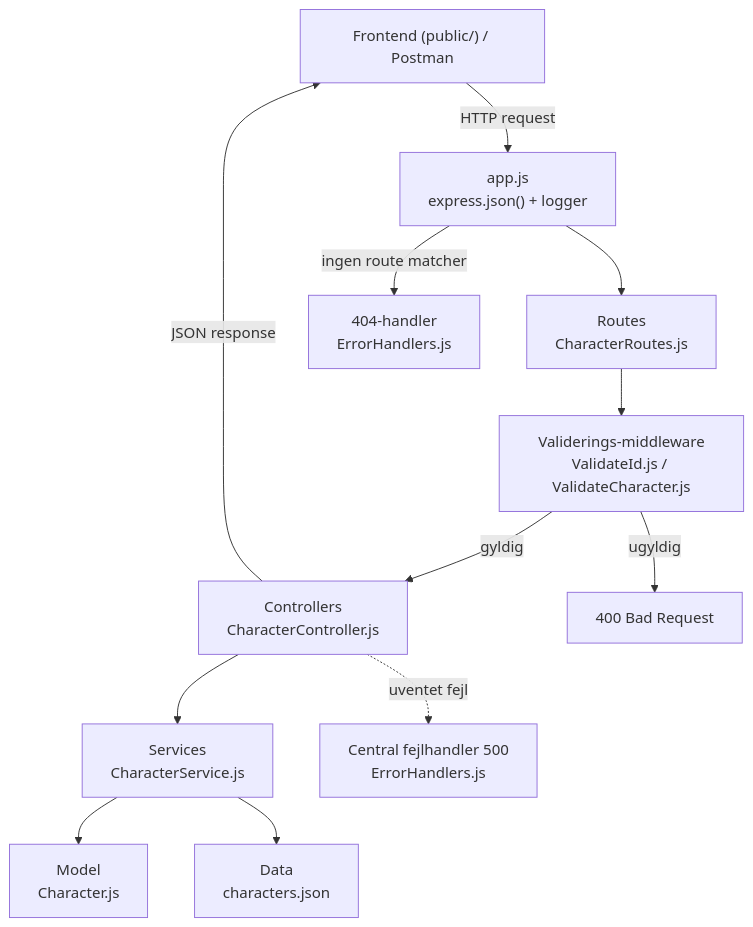
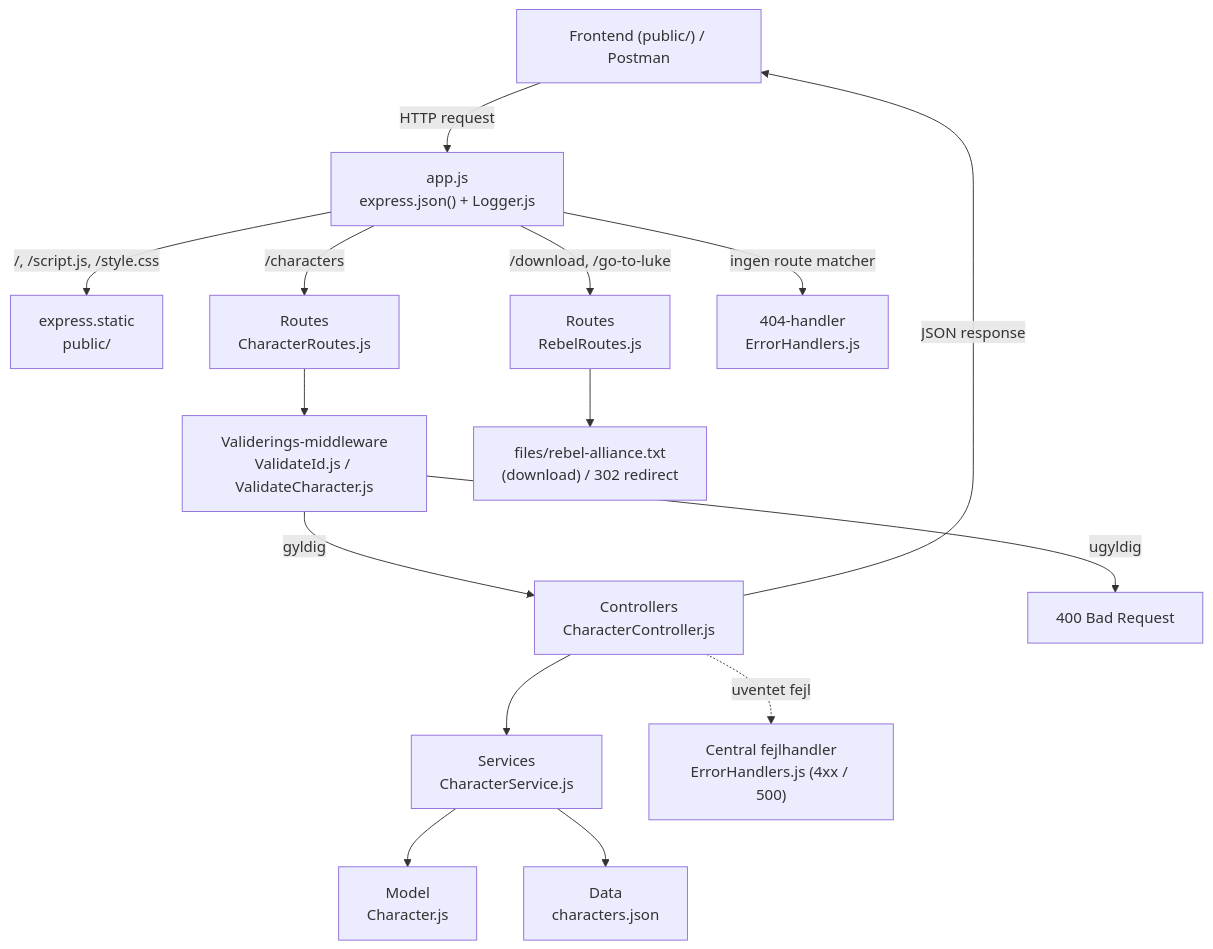
One commit to Tobiasrolesen/Star-Wars-Web changed the diagram in README.md. Above: the diagram before and after it, drawn with Mermaid. The commit also changed other lines of this file and 2 other files, not shown here.

````diff
--- a/README.md
+++ b/README.md
@@ -30,17 +63,17 @@
 ```mermaid
 flowchart TD
-    A["Frontend (public/) / Postman"] -->|HTTP request| B["app.js<br/>express.json() + logger"]
-    B --> C["Routes<br/>CharacterRoutes.js"]
+    A["Frontend (public/) / Postman"] -->|HTTP request| B["app.js<br/>express.json() + Logger.js"]
+    B -->|"/, /script.js, /style.css"| S["express.static<br/>public/"]
+    B -->|"/characters"| C["Routes<br/>CharacterRoutes.js"]
+    B -->|"/download, /go-to-luke"| R["Routes<br/>RebelRoutes.js"]
     B -->|ingen route matcher| N["404-handler<br/>ErrorHandlers.js"]
-
     C --> V["Validerings-middleware<br/>ValidateId.js / ValidateCharacter.js"]
     V -->|gyldig| D["Controllers<br/>CharacterController.js"]
     V -->|ugyldig| X1["400 Bad Request"]
-
     D --> E["Services<br/>CharacterService.js"]
     E --> F["Model<br/>Character.js"]
     E --> G["Data<br/>characters.json"]
-
+    R --> T["files/rebel-alliance.txt<br/>(download) / 302 redirect"]
     D -->|JSON response| A
-    D -.->|uventet fejl| H["Central fejlhandler 500<br/>ErrorHandlers.js"]
+    D -.->|uventet fejl| H["Central fejlhandler<br/>ErrorHandlers.js (4xx / 500)"]
 ```
````
